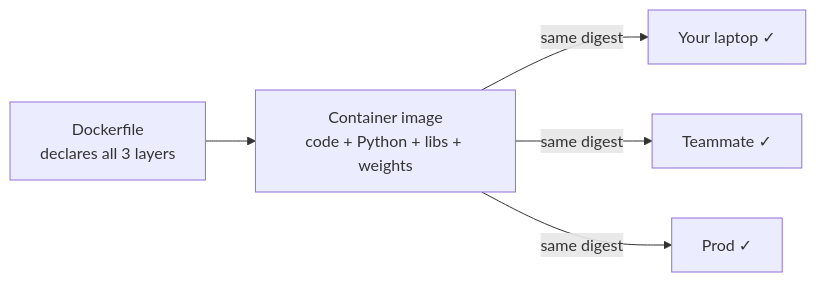
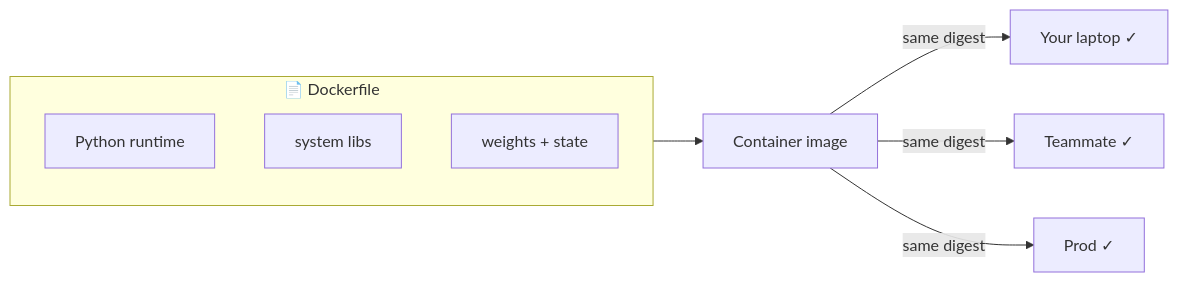
Before and after one commit to arun-gupta/the-pain-first-way: the second of 2 diagrams in pains/01-model-works-locally.md, drawn with Mermaid.

Commit message:
docs(pain-01): name the 3 layers explicitly in the after diagram
Replace the opaque "declares all 3 layers" node with a Dockerfile subgraph
that lists Python runtime, system libs, and weights + state by name, mirroring
the subgraph structure used in the before diagram.

````diff
--- a/pains/01-model-works-locally.md
+++ b/pains/01-model-works-locally.md
@@ -31,7 +31,12 @@
 ```mermaid
 flowchart LR
-  DF[Dockerfile\ndeclares all 3 layers] --> IMG[Container image\ncode + Python + libs + weights]
+  subgraph DF["📄 Dockerfile"]
+    L1[Python runtime]
+    L2[system libs]
+    L3[weights + state]
+  end
+  DF --> IMG[Container image]
   IMG -->|same digest| E1[Your laptop ✓]
   IMG -->|same digest| E2[Teammate ✓]
   IMG -->|same digest| E3[Prod ✓]
 ```
````
